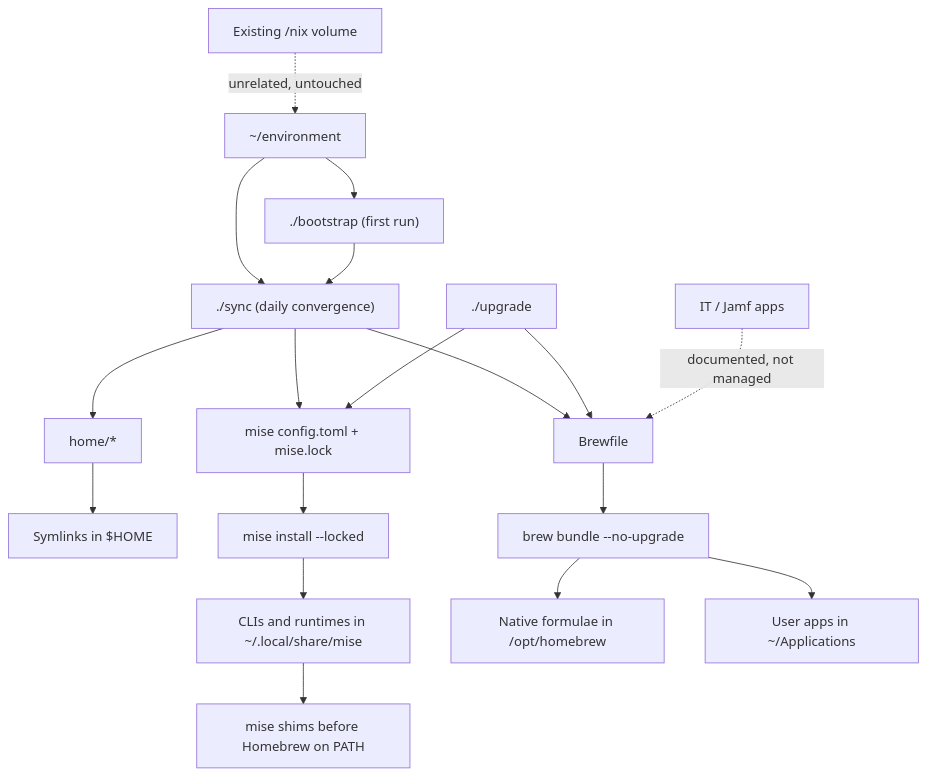
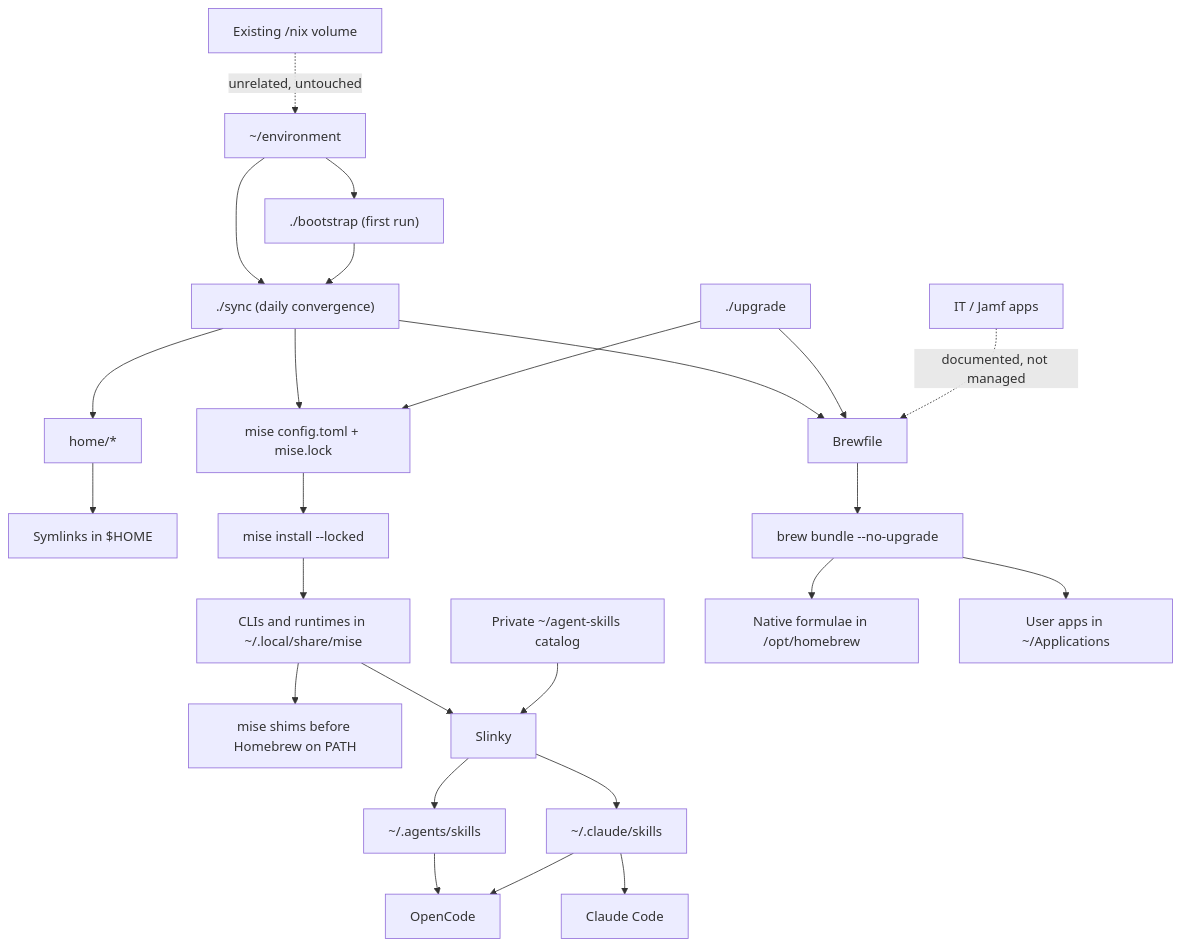
Before and after one commit to agomez-arine/environment: the diagram in README.md, drawn with Mermaid. The commit also changed other lines of this file and 3 other files, not shown here.

First line of the commit message:
feat: manage shared agent skills with slinky

````diff
--- a/README.md
+++ b/README.md
@@ -26,25 +26,32 @@
 ```mermaid
 flowchart TD
     Repo["~/environment"] --> Bootstrap["./bootstrap (first run)"]
     Repo --> Sync["./sync (daily convergence)"]
     Bootstrap --> Sync
 
     Sync --> Dotfiles["home/*"]
     Dotfiles --> Home["Symlinks in $HOME"]
 
     Sync --> MiseConfig["mise config.toml + mise.lock"]
     MiseConfig --> MiseInstall["mise install --locked"]
     MiseInstall --> MiseTools["CLIs and runtimes in ~/.local/share/mise"]
     MiseTools --> Shims["mise shims before Homebrew on PATH"]
+    MiseTools --> Slinky["Slinky"]
+    Catalog["Private ~/agent-skills catalog"] --> Slinky
+    Slinky --> AgentStore["~/.agents/skills"]
+    Slinky --> ClaudeStore["~/.claude/skills"]
+    AgentStore --> OpenCode["OpenCode"]
+    ClaudeStore --> ClaudeCode["Claude Code"]
+    ClaudeStore --> OpenCode
 
     Sync --> Brewfile["Brewfile"]
     Brewfile --> BrewBundle["brew bundle --no-upgrade"]
     BrewBundle --> Formulae["Native formulae in /opt/homebrew"]
     BrewBundle --> Apps["User apps in ~/Applications"]
 
     Upgrade["./upgrade"] --> Brewfile
     Upgrade --> MiseConfig
 
     IT["IT / Jamf apps"] -. "documented, not managed" .-> Brewfile
     Nix["Existing /nix volume"] -. "unrelated, untouched" .-> Repo
 ```
````
